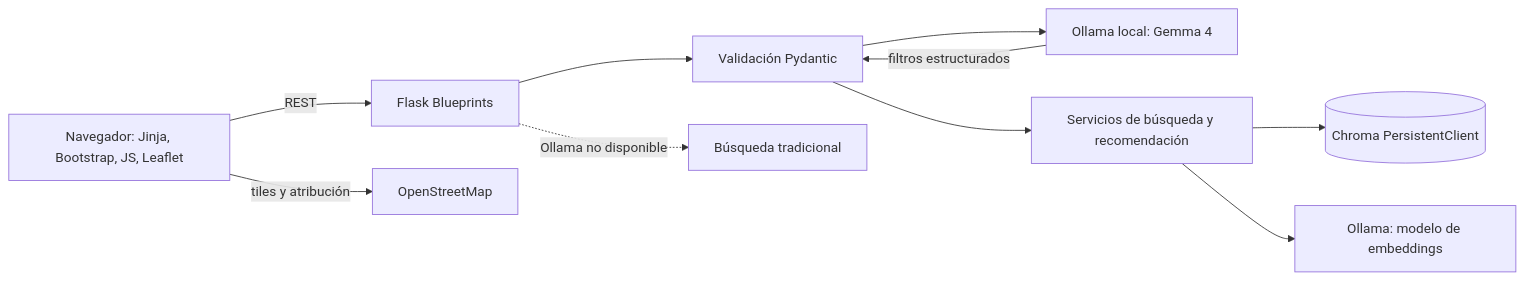
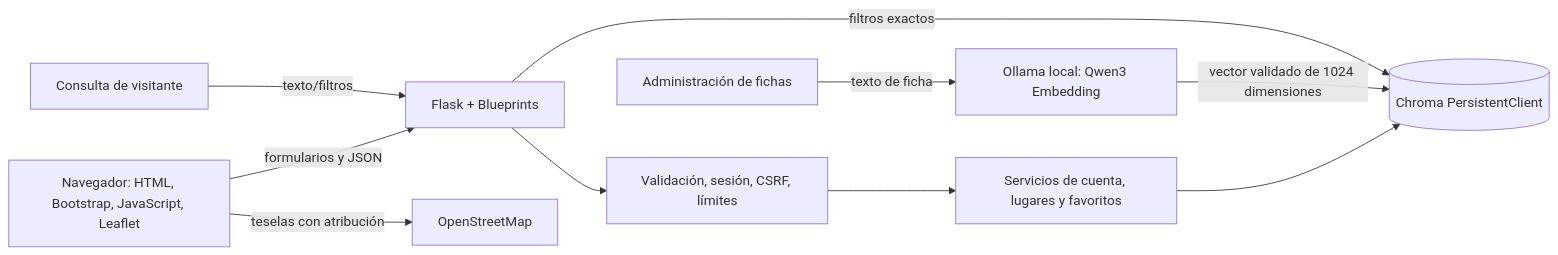
The diagram in docs/arquitectura.md (calabacin-afk/ProyectOax), drawn with Mermaid before and after one commit. The commit also changed other lines of this file and 45 other files, not shown here.

````diff
--- a/docs/arquitectura.md
+++ b/docs/arquitectura.md
@@ -11,12 +7,12 @@
 ```mermaid
 flowchart LR
-  Browser[Navegador: Jinja, Bootstrap, JS, Leaflet] -->|REST| Flask[Flask Blueprints]
-  Browser -->|tiles y atribución| OSM[OpenStreetMap]
-  Flask --> Schema[Validación Pydantic]
-  Schema --> AI[Ollama local: Gemma 4]
-  AI -->|filtros estructurados| Schema
-  Schema --> Search[Servicios de búsqueda y recomendación]
-  Search --> Chroma[(Chroma PersistentClient)]
-  Search --> Embed[Ollama: modelo de embeddings]
-  Flask -. Ollama no disponible .-> Traditional[Búsqueda tradicional]
+  Browser[Navegador: HTML, Bootstrap, JavaScript, Leaflet] -->|formularios y JSON| Flask[Flask + Blueprints]
+  Browser -->|teselas con atribución| OSM[OpenStreetMap]
+  Flask --> Security[Validación, sesión, CSRF, límites]
+  Security --> Services[Servicios de cuenta, lugares y favoritos]
+  Services --> Chroma[(Chroma PersistentClient)]
+  Places[Administración de fichas] -->|texto de ficha| Ollama[Ollama local: Qwen3 Embedding]
+  Ollama -->|vector validado de 1024 dimensiones| Chroma
+  User[Consulta de visitante] -->|texto/filtros| Flask
+  Flask -->|filtros exactos| Chroma
 ```
````
